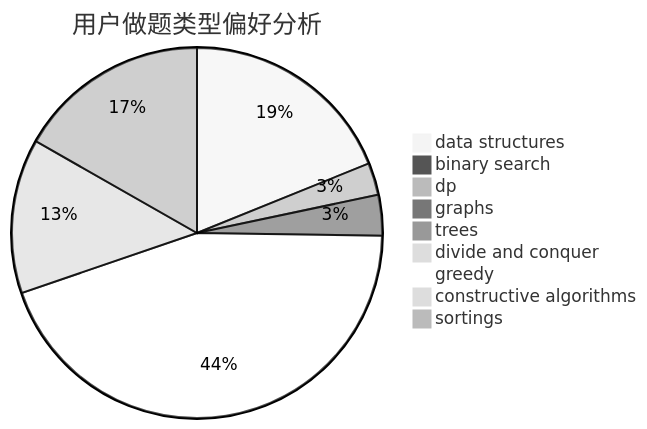
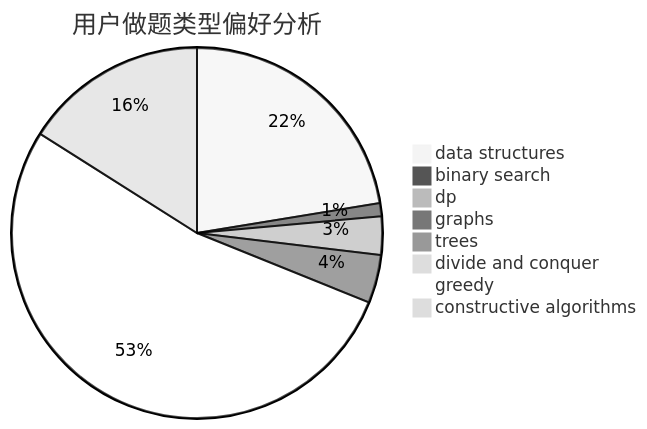
The second of 3 diagrams in docs/user/u1240.md (sherpahu/cfrs.github.io), drawn with Mermaid (neutral theme) before and after one commit. The commit also changed other lines of this file and 2769 other files, not shown here.

````diff
--- a/docs/user/u1240.md
+++ b/docs/user/u1240.md
@@ -18,12 +18,11 @@
 ```mermaid
 pie title 用户做题类型偏好分析
     "data structures" :  410
     "binary search" :  21
     "dp" :  61
     "graphs" :  77
     "trees" :  7
     "divide and conquer" :  1
     "greedy" :  967
     "constructive algorithms" :  293
-    "sortings" :  364
 ```
````
